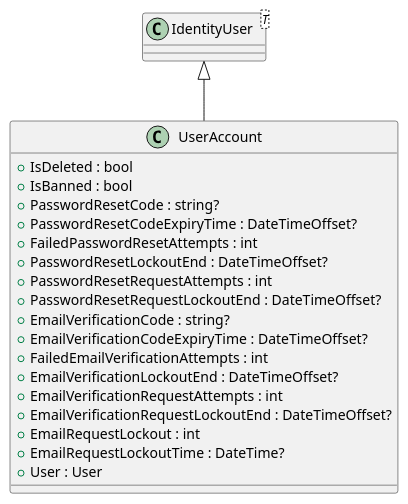
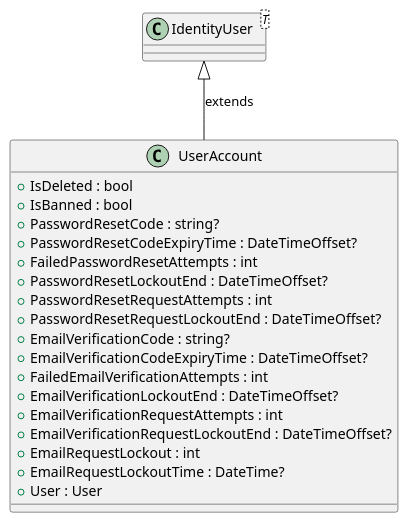
The diagram in common/entities/UserAccount.puml (thanhkhac/SEP_Diagram), drawn with PlantUML before and after one commit. The commit also changed 21 other files, not shown here.

First line of the commit message:
Refactor authentication class diagrams and add new diagrams

```diff
--- a/common/entities/UserAccount.puml
+++ b/common/entities/UserAccount.puml
@@ -1,30 +1,30 @@
 @startuml
 class IdentityUser<T> {
 
 }
 
 
 
 class UserAccount {
     + IsDeleted : bool
     + IsBanned : bool
     + PasswordResetCode : string?
     + PasswordResetCodeExpiryTime : DateTimeOffset?
     + FailedPasswordResetAttempts : int
     + PasswordResetLockoutEnd : DateTimeOffset?
     + PasswordResetRequestAttempts : int
     + PasswordResetRequestLockoutEnd : DateTimeOffset?
     + EmailVerificationCode : string?
     + EmailVerificationCodeExpiryTime : DateTimeOffset?
     + FailedEmailVerificationAttempts : int
     + EmailVerificationLockoutEnd : DateTimeOffset?
     + EmailVerificationRequestAttempts : int
     + EmailVerificationRequestLockoutEnd : DateTimeOffset?
     + EmailRequestLockout : int
     + EmailRequestLockoutTime : DateTime?
     + User : User
 }
 
-IdentityUser <|-- UserAccount
+IdentityUser <|-- UserAccount : extends
 
 @enduml
```
